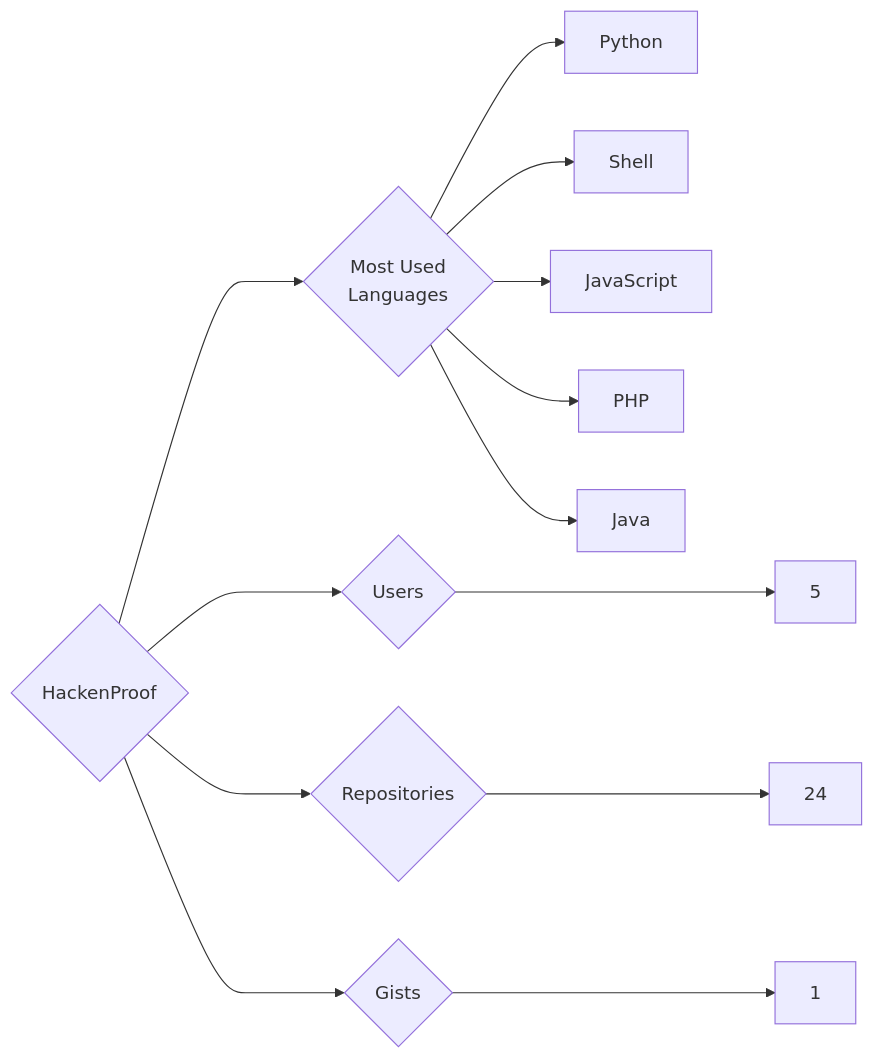
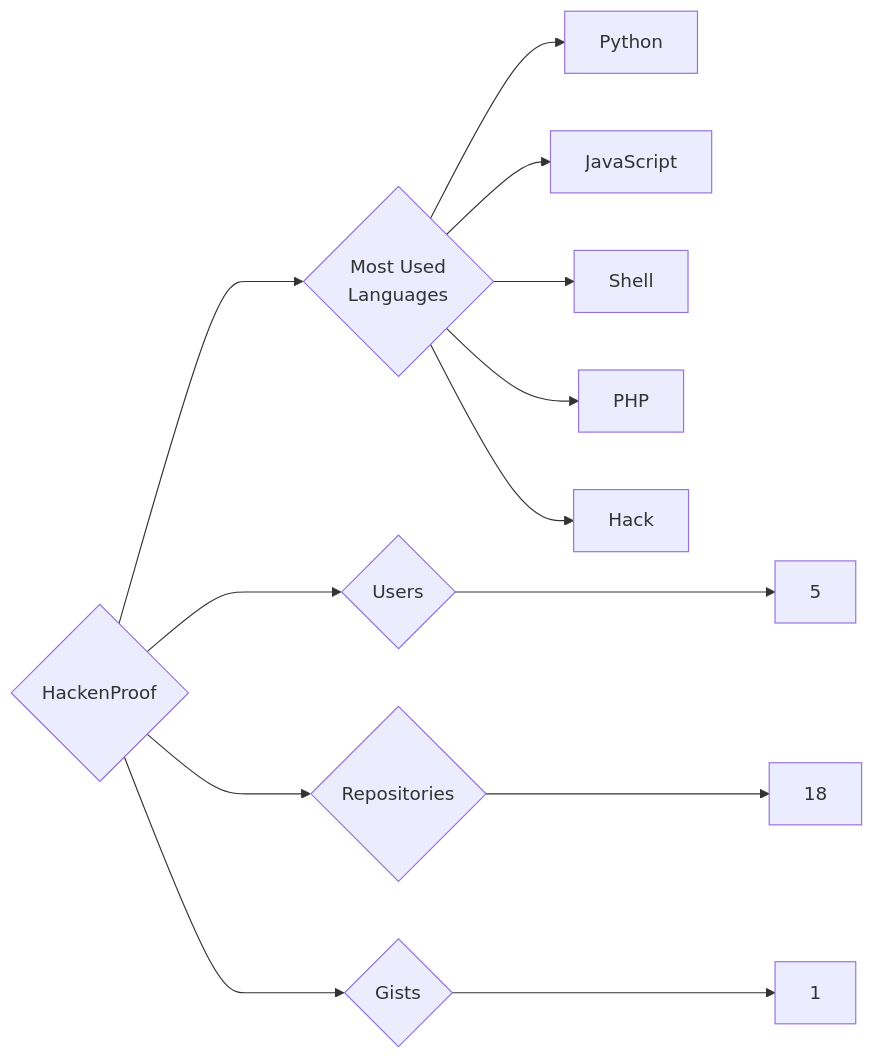
The diagram in targets/HackenProof/README.md (trickest/insiders), drawn with Mermaid before and after one commit. The commit also changed 859 other files, not shown here.

````diff
--- a/targets/HackenProof/README.md
+++ b/targets/HackenProof/README.md
@@ -3,13 +3,13 @@
 ```mermaid
 graph LR
 COMPANY_NAME{HackenProof}
 COMPANY_NAME ---> U{Users} ---> UN[5]
-COMPANY_NAME ---> R{Repositories} ---> RN[24]
+COMPANY_NAME ---> R{Repositories} ---> RN[18]
 COMPANY_NAME ---> G{Gists} ---> GN[1]
 COMPANY_NAME ---> ML{Most Used<br>Languages}
 ML --> Python[Python]
+ML --> JavaScript[JavaScript]
 ML --> Shell[Shell]
-ML --> JavaScript[JavaScript]
 ML --> PHP[PHP]
-ML --> Java[Java]
+ML --> Hack[Hack]
 ```
````
